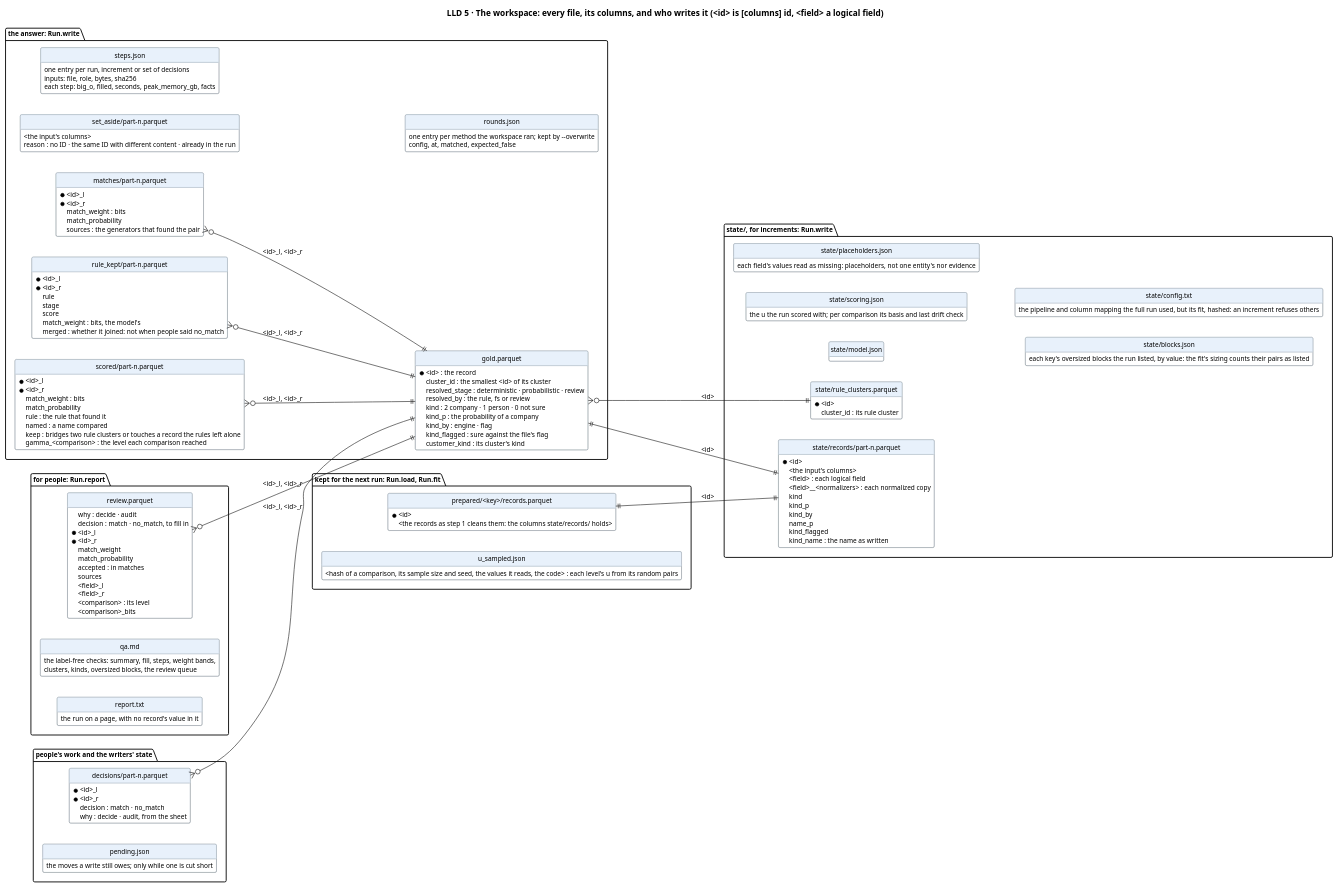
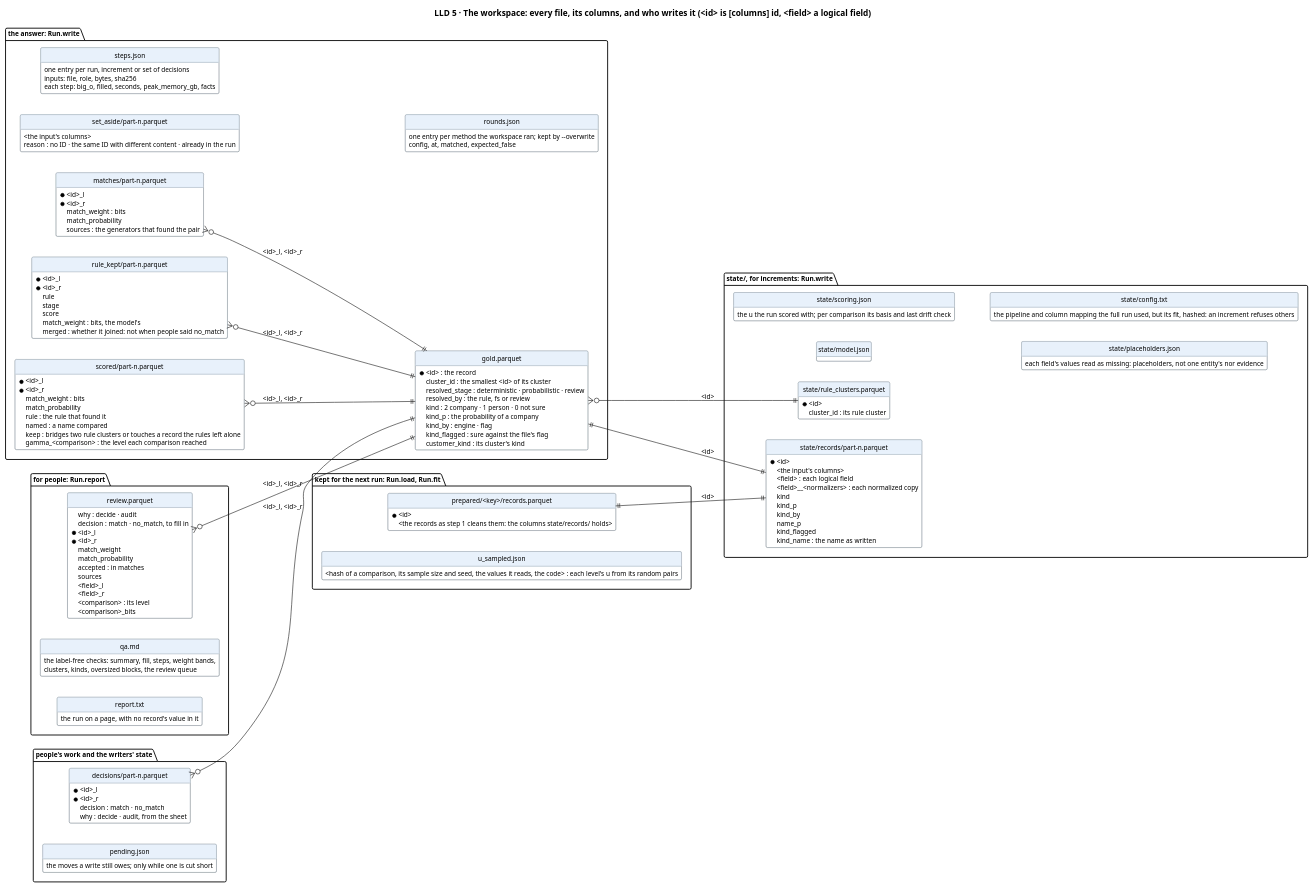
The diagram in docs/diagrams/data.puml (mvsbm/entity_matching), drawn with PlantUML before and after one commit. The commit also changed 64 other files, not shown here.

First line of the commit message:
Design-time code moves into design/, which no production job imports; the fit-sample sizing and em choose, which nothing ran, go

```diff
--- a/docs/diagrams/data.puml
+++ b/docs/diagrams/data.puml
@@ -1,157 +1,154 @@
 @startuml data
 title LLD 5 · The workspace: every file, its columns, and who writes it (<id> is [columns] id, <field> a logical field)
 set namespaceSeparator none
 left to right direction
 hide circle
 hide methods
 skinparam defaultFontSize 11
 skinparam class {
   BackgroundColor #FFFFFF
   BorderColor #65717E
   HeaderBackgroundColor #E8F1FB
 }
 
 package "the answer: Run.write" {
   entity "gold.parquet" as gold {
     * <id> : the record
     cluster_id : the smallest <id> of its cluster
     resolved_stage : deterministic · probabilistic · review
     resolved_by : the rule, fs or review
     kind : 2 company · 1 person · 0 not sure
     kind_p : the probability of a company
     kind_by : engine · flag
     kind_flagged : sure against the file's flag
     customer_kind : its cluster's kind
   }
   entity "matches/part-n.parquet" as matches {
     * <id>_l
     * <id>_r
     match_weight : bits
     match_probability
     sources : the generators that found the pair
   }
   entity "rule_kept/part-n.parquet" as rule_kept {
     * <id>_l
     * <id>_r
     rule
     stage
     score
     match_weight : bits, the model's
     merged : whether it joined: not when people said no_match
   }
   entity "scored/part-n.parquet" as scored {
     * <id>_l
     * <id>_r
     match_weight : bits
     match_probability
     sources : the generators that found the pair (none: a rule alone)
     rule : the rule that found it
     named : a name compared
     keep : bridges two rule clusters or touches a record the rules left alone
     gamma_<comparison> : the level each comparison reached
   }
   entity "set_aside/part-n.parquet" as set_aside {
     <the input's columns>
     reason : no ID · the same ID with different content · already in the run
   }
   entity "steps.json" as steps {
     one entry per run, increment or set of decisions
     inputs: file, role, bytes, sha256
     each step: big_o, filled, seconds, peak_memory_gb, facts
   }
   entity "rounds.json" as rounds {
     one entry per method the workspace ran; kept by --overwrite
     config, at, matched, expected_false
   }
 }
 
 package "state/, for increments: Run.write" {
   entity "state/records/part-n.parquet" as records {
     * <id>
     <the input's columns>
     <field> : each logical field
     <field>__<normalizers> : each normalized copy
     kind
     kind_p
     kind_by
     name_p
     kind_flagged
     kind_name : the name as written
   }
   entity "state/rule_clusters.parquet" as rule_clusters {
     * <id>
     cluster_id : its rule cluster
   }
   entity "state/model.json" as model {
     the model: λ, m and u per level (in Splink 5.0's model format), the fit's facts
   }
   entity "state/scoring.json" as scoring {
     the u the run scored with; per comparison its basis and last drift check
   }
   entity "state/placeholders.json" as placeholders {
     each field's values read as missing: placeholders, not one entity's nor evidence
   }
-  entity "state/blocks.json" as blocks {
-    each key's oversized blocks the run listed, by value: the fit's sizing counts their pairs as listed
-  }
   entity "state/config.txt" as config {
     the pipeline and column mapping the full run used, but its fit, hashed: an increment refuses others
   }
 }
 
 package "kept for the next run: Run.load, Run.fit" {
   entity "prepared/<key>/records.parquet" as prepared {
     * <id>
     <the records as step 1 cleans them: the columns state/records/ holds>
   }
   entity "u_sampled.json" as usampled {
     <hash of a comparison, its sample size and seed, the values it reads, the code> : each level's u from its random pairs
   }
 }
 
 package "for people: Run.report" {
   entity "review.parquet" as review {
     why : decide · audit
     decision : match · no_match, to fill in
     * <id>_l
     * <id>_r
     match_weight
     match_probability
     accepted : in matches
     sources
     <field>_l
     <field>_r
     <comparison> : its level
     <comparison>_bits
   }
   entity "qa.md" as qa {
     the label-free checks: summary, fill, steps, weight bands,
     clusters, kinds, oversized blocks, the review queue
   }
   entity "report.txt" as report {
     the run on a page, with no record's value in it
   }
 }
 
 package "people's work and the writers' state" {
   entity "decisions/part-n.parquet" as decisions {
     * <id>_l
     * <id>_r
     decision : match · no_match
     why : decide · audit, from the sheet
     round : the round it was decided in (rounds.json)
   }
   entity "pending.json" as pending {
     the moves a write still owes; only while one is cut short
   }
 }
 
 gold }o--|| rule_clusters : <id>
 matches }o--|| gold : <id>_l, <id>_r
 rule_kept }o--|| gold : <id>_l, <id>_r
 scored }o--|| gold : <id>_l, <id>_r
 records ||--|| gold : <id>
 prepared ||--|| records : <id>
 review }o--|| gold : <id>_l, <id>_r
 decisions }o--|| gold : <id>_l, <id>_r
 @enduml
```
